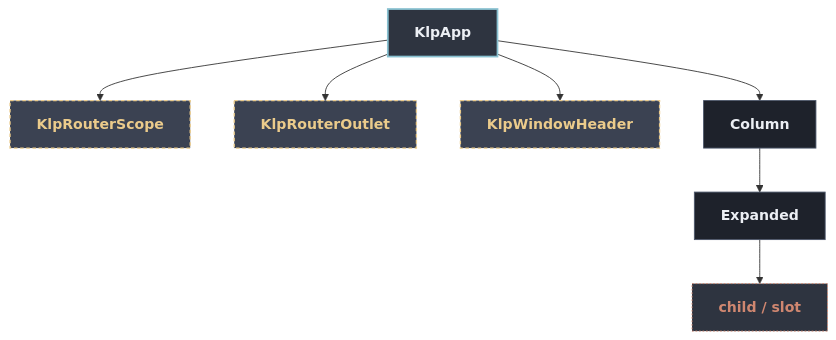
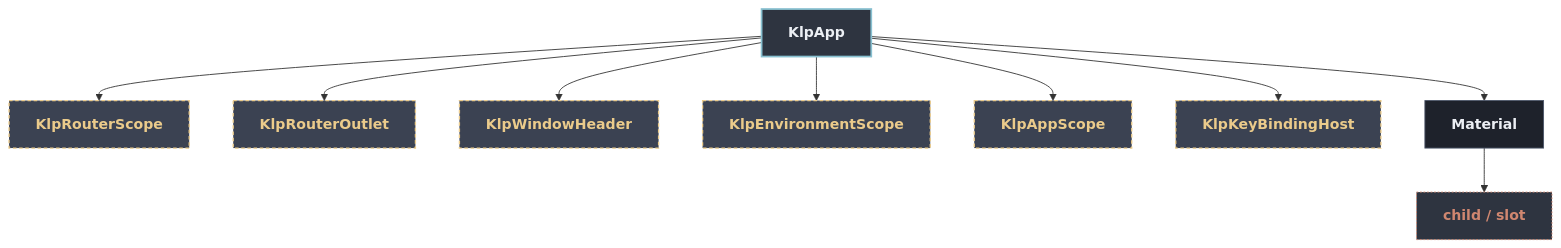
The diagram in docs/architecture/components/app/klp_app.md (MiuDog/Kallopis), drawn with Mermaid before and after one commit. The commit also changed other lines of this file and 1105 other files, not shown here.

Commit message:
refactor: establish semantic design architecture

````diff
--- a/docs/architecture/components/app/klp_app.md
+++ b/docs/architecture/components/app/klp_app.md
@@ -13,22 +13,26 @@
 ```mermaid
 flowchart TD
   classDef default fill:#1E222B,stroke:#4C566A,stroke-width:1px,color:#ECEFF4;
   classDef root fill:#2E3440,stroke:#88C0D0,stroke-width:2px,color:#ECEFF4,font-weight:bold;
   classDef reference fill:#3B4252,stroke:#EBCB8B,stroke-width:1.5px,stroke-dasharray: 4 3,color:#EBCB8B;
   classDef container fill:#2E3440,stroke:#A3BE8C,stroke-width:1.5px,color:#A3BE8C;
   classDef slot fill:#2E3440,stroke:#D08770,stroke-width:1px,stroke-dasharray: 2 2,color:#D08770;
 
   root["KlpApp"]:::root
   n1["KlpRouterScope"]:::reference
   root --> n1
   n2["KlpRouterOutlet"]:::reference
   root --> n2
   n3["KlpWindowHeader"]:::reference
   root --> n3
-  n4["Column"]
+  n4["KlpEnvironmentScope"]:::reference
   root --> n4
-  n5["Expanded"]
-  n4 --> n5
-  n6["child / slot"]:::slot
-  n5 --> n6
+  n5["KlpAppScope"]:::reference
+  root --> n5
+  n6["KlpKeyBindingHost"]:::reference
+  root --> n6
+  n7["Material"]
+  root --> n7
+  n8["child / slot"]:::slot
+  n7 --> n8
 ```
````
